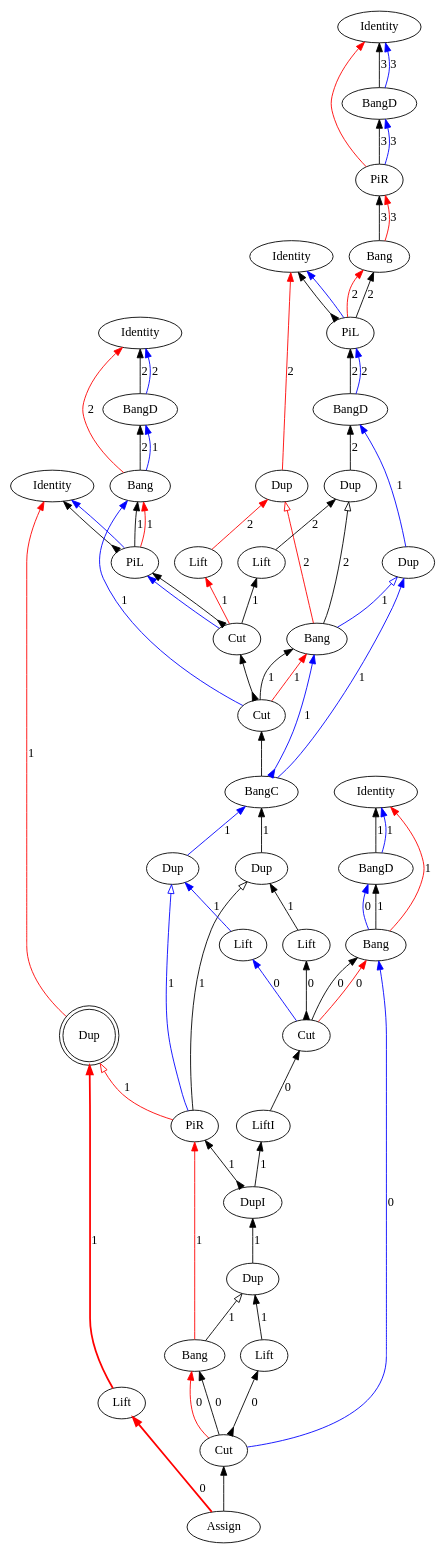
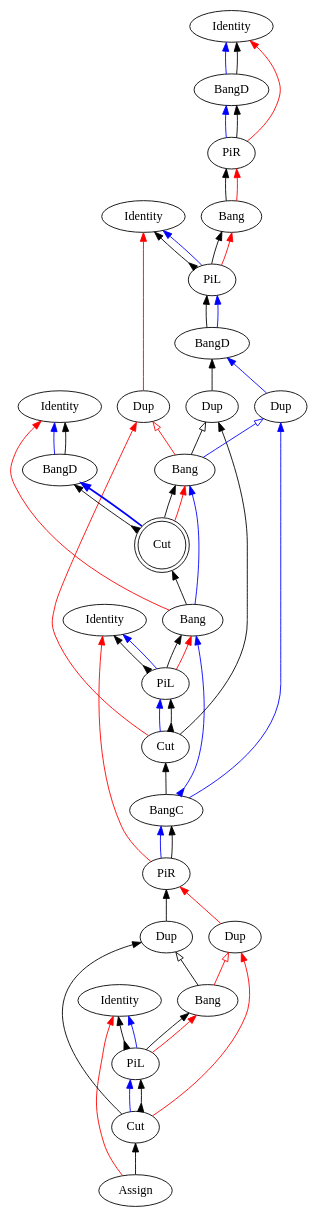
The diagram in src/core/graphs/example_m_15.dot (Mathnerd314/stroscot), drawn with Graphviz before and after one commit. The commit also changed 88 other files, not shown here.

```diff
--- a/src/core/graphs/example_m_15.dot
+++ b/src/core/graphs/example_m_15.dot
@@ -9,106 +9,78 @@
 "BangD6" [label="BangD"]
 "Identity7" [label="Identity"]
 "BangD8" [label="BangD"]
-"Bang9" [label="Bang"]
-"Identity10" [label="Identity"]
-"PiL11" [label="PiL"]
+"Identity9" [label="Identity"]
+"PiL10" [label="PiL"]
+"PiR11" [label="PiR"]
 "Identity12" [label="Identity"]
-"BangD13" [label="BangD"]
-"Bang14" [label="Bang"]
-"Assign15" [label="Assign"]
+"PiL13" [label="PiL"]
+"Assign14" [label="Assign"]
+"Dup15" [label="Dup"]
 "Dup16" [label="Dup"]
-"Bang17" [label="Bang"]
-"Cut18" [label="Cut"]
-"Lift19" [label="Lift"]
+"Cut17" [label="Cut"]
+"Bang18" [label="Bang"]
+"Dup19" [label="Dup"]
 "Dup20" [label="Dup"]
 "Dup21" [label="Dup"]
-"Dup22" [label="Dup"]
-"Bang23" [label="Bang"]
-"Cut24" [label="Cut"]
-"BangC25" [label="BangC"]
-"Cut26" [label="Cut"]
-"Lift27" [label="Lift"]
-"Lift28" [label="Lift"]
-"PiR29" [label="PiR"]
-"Dup30" [label="Dup"]
-"Dup31" [label="Dup"]
-"Dup32" [label="Dup",shape=doublecircle]
-"DupI33" [label="DupI"]
-"Lift34" [label="Lift"]
-"Lift35" [label="Lift"]
-"Lift36" [label="Lift"]
-"LiftI37" [label="LiftI"]
-"Cut38" [label="Cut"]
-"Lift27" -> "Dup20"[color=black,weight=5,tooltip="c_bseq100",label="2",arrowhead=normal,arrowtail=none,dir=both]
-"Bang23" -> "Dup20"[color=black,weight=5,tooltip="c_bseq106",label="2",arrowhead=onormal,arrowtail=none,dir=both]
-"DupI33" -> "LiftI37"[color=black,weight=5,tooltip="c_bseq121",label="1",arrowhead=normal,arrowtail=none,dir=both]
-"DupI33" -> "PiR29"[color=black,weight=5,tooltip="c_bseq125",label="1",arrowhead=normal,arrowtail=inv,dir=both]
-"LiftI37" -> "Cut38"[color=black,weight=5,tooltip="c_bseq129",label="0",arrowhead=normal,arrowtail=none,dir=both]
-"Bang14" -> "BangD13"[color=black,weight=5,tooltip="c_bseq24",label="1",arrowhead=normal,arrowtail=none,dir=both]
-"Dup16" -> "DupI33"[color=black,weight=5,tooltip="c_bseq32",label="1",arrowhead=normal,arrowtail=none,dir=both]
-"Bang9" -> "BangD8"[color=black,weight=5,tooltip="c_bseq58",label="2",arrowhead=normal,arrowtail=none,dir=both]
-"Dup20" -> "BangD6"[color=black,weight=5,tooltip="c_bseq67",label="2",arrowhead=normal,arrowtail=none,dir=both]
-"Bang3" -> "PiR2"[color=black,weight=5,tooltip="c_bseq79",label="3",arrowhead=normal,arrowtail=none,dir=both]
-"Lift19" -> "Dup16"[color=black,weight=5,tooltip="c_bseq86",label="1",arrowhead=normal,arrowtail=none,dir=both]
-"Bang17" -> "Dup16"[color=black,weight=5,tooltip="c_bseq90",label="1",arrowhead=onormal,arrowtail=none,dir=both]
-"Cut24" -> "Bang23"[color=black,weight=5,tooltip="dseq109",label="1",arrowhead=normal,arrowtail=none,dir=both]
-"Cut38" -> "Bang14"[color=black,weight=5,tooltip="dseq20",label="0",arrowhead=normal,arrowtail=none,dir=both]
-"PiL11" -> "Bang9"[color=black,weight=5,tooltip="dseq54",label="1",arrowhead=normal,arrowtail=none,dir=both]
-"PiL5" -> "Bang3"[color=black,weight=5,tooltip="dseq76",label="2",arrowhead=normal,arrowtail=none,dir=both]
-"Cut18" -> "Bang17"[color=black,weight=5,tooltip="dseq92",label="0",arrowhead=normal,arrowtail=none,dir=both]
-"BangC25" -> "Bang23"[color=blue,weight=2,tooltip="h110",label="1",arrowhead=normal,arrowtail=inv,dir=both]
-"Lift35" -> "Dup31"[color=blue,weight=2,tooltip="h119",label="1",arrowhead=normal,arrowtail=none,dir=both]
-"PiR29" -> "Dup31"[color=blue,weight=2,tooltip="h123",label="1",arrowhead=onormal,arrowtail=none,dir=both]
-"Cut38" -> "Lift35"[color=blue,weight=2,tooltip="h127",label="0",arrowhead=normal,arrowtail=none,dir=both]
-"Dup31" -> "BangC25"[color=blue,weight=2,tooltip="h34",label="1",arrowhead=normal,arrowtail=none,dir=both]
-"BangC25" -> "Dup22"[color=blue,weight=2,tooltip="hf101",label="1",arrowhead=normal,arrowtail=none,dir=both]
-"Bang23" -> "Dup22"[color=blue,weight=2,tooltip="hf107",label="1",arrowhead=onormal,arrowtail=none,dir=both]
-"Dup22" -> "BangD6"[color=blue,weight=2,tooltip="hf65",label="1",arrowhead=normal,arrowtail=none,dir=both]
-"BangD6" -> "PiL5"[color=black,weight=5,tooltip="hseq72",label="2",arrowhead=normal,arrowtail=none,dir=both]
-"PiR2" -> "BangD1"[color=blue,weight=2,tooltip="i81",label="3",arrowhead=normal,arrowtail=none,dir=both]
-"PiL11" -> "Identity10"[color=black,weight=5,tooltip="idseq55",arrowhead=normal,arrowtail=inv,dir=both]
+"BangC22" [label="BangC"]
+"Cut23" [label="Cut"]
+"Bang24" [label="Bang"]
+"Cut25" [label="Cut",shape=doublecircle]
+"Bang26" [label="Bang"]
+"Bang26" -> "Bang24"[color=blue,weight=2,tooltip="brl_bl126",arrowhead=normal,arrowtail=none,dir=both]
+"Cut23" -> "Dup19"[color=black,weight=5,tooltip="c_bseq106",arrowhead=normal,arrowtail=none,dir=both]
+"Bang24" -> "Dup19"[color=black,weight=5,tooltip="c_bseq112",arrowhead=onormal,arrowtail=none,dir=both]
+"Dup15" -> "PiR11"[color=black,weight=5,tooltip="c_bseq32",arrowhead=normal,arrowtail=none,dir=both]
+"Cut25" -> "BangD8"[color=black,weight=5,tooltip="c_bseq58",arrowhead=normal,arrowtail=inv,dir=both]
+"Dup19" -> "BangD6"[color=black,weight=5,tooltip="c_bseq67",arrowhead=normal,arrowtail=none,dir=both]
+"Bang3" -> "PiR2"[color=black,weight=5,tooltip="c_bseq79",arrowhead=normal,arrowtail=none,dir=both]
+"Cut17" -> "Dup15"[color=black,weight=5,tooltip="c_bseq86",arrowhead=normal,arrowtail=none,dir=both]
+"PiL13" -> "Bang18"[color=black,weight=5,tooltip="dseq20",arrowhead=normal,arrowtail=none,dir=both]
+"PiL10" -> "Bang26"[color=black,weight=5,tooltip="dseq54",arrowhead=normal,arrowtail=none,dir=both]
+"PiL5" -> "Bang3"[color=black,weight=5,tooltip="dseq76",arrowhead=normal,arrowtail=none,dir=both]
+"BangC22" -> "Bang26"[color=blue,weight=2,tooltip="h116",arrowhead=normal,arrowtail=inv,dir=both]
+"PiR11" -> "BangC22"[color=blue,weight=2,tooltip="h34",arrowhead=normal,arrowtail=none,dir=both]
+"BangC22" -> "Dup21"[color=blue,weight=2,tooltip="hf107",arrowhead=normal,arrowtail=none,dir=both]
+"Bang24" -> "Dup21"[color=blue,weight=2,tooltip="hf113",arrowhead=onormal,arrowtail=none,dir=both]
+"Dup21" -> "BangD6"[color=blue,weight=2,tooltip="hf65",arrowhead=normal,arrowtail=none,dir=both]
+"BangD6" -> "PiL5"[color=black,weight=5,tooltip="hseq72",arrowhead=normal,arrowtail=none,dir=both]
+"PiR2" -> "BangD1"[color=blue,weight=2,tooltip="i81",arrowhead=normal,arrowtail=none,dir=both]
+"PiL13" -> "Identity12"[color=black,weight=5,tooltip="idseq21",arrowhead=normal,arrowtail=inv,dir=both]
+"PiL10" -> "Identity9"[color=black,weight=5,tooltip="idseq55",arrowhead=normal,arrowtail=inv,dir=both]
 "PiL5" -> "Identity4"[color=black,weight=5,tooltip="idseq77",arrowhead=normal,arrowtail=inv,dir=both]
-"BangD1" -> "Identity0"[color=blue,weight=2,tooltip="iret84",label="3",arrowhead=normal,arrowtail=none,dir=both]
-"BangD1" -> "Identity0"[color=black,weight=5,tooltip="iseq83",label="3",arrowhead=normal,arrowtail=none,dir=both]
-"PiL11" -> "Identity10"[color=blue,weight=2,tooltip="lret53",arrowhead=normal,arrowtail=none,dir=both]
+"BangD1" -> "Identity0"[color=blue,weight=2,tooltip="iret84",arrowhead=normal,arrowtail=none,dir=both]
+"BangD1" -> "Identity0"[color=black,weight=5,tooltip="iseq83",arrowhead=normal,arrowtail=none,dir=both]
+"PiL13" -> "Identity12"[color=blue,weight=2,tooltip="lret19",arrowhead=normal,arrowtail=none,dir=both]
+"PiL10" -> "Identity9"[color=blue,weight=2,tooltip="lret53",arrowhead=normal,arrowtail=none,dir=both]
 "PiL5" -> "Identity4"[color=blue,weight=2,tooltip="lret75",arrowhead=normal,arrowtail=none,dir=both]
-"Cut26" -> "PiL11"[color=blue,weight=2,tooltip="lval48",arrowhead=normal,arrowtail=none,dir=both]
-"BangD6" -> "PiL5"[color=blue,weight=2,tooltip="lval70",label="2",arrowhead=normal,arrowtail=none,dir=both]
-"Cut24" -> "Bang23"[color=red,weight=2,tooltip="newrret111",label="1",arrowhead=normal,arrowtail=none,dir=both]
-"Cut38" -> "Bang14"[color=red,weight=2,tooltip="newrret18",label="0",arrowhead=normal,arrowtail=none,dir=both]
-"PiL11" -> "Bang9"[color=red,weight=2,tooltip="newrret52",label="1",arrowhead=normal,arrowtail=none,dir=both]
-"PiL5" -> "Bang3"[color=red,weight=2,tooltip="newrret74",label="2",arrowhead=normal,arrowtail=none,dir=both]
-"Cut18" -> "Bang17"[color=red,weight=2,tooltip="newrret93",label="0",arrowhead=normal,arrowtail=none,dir=both]
-"Lift28" -> "Dup21"[color=red,weight=2,tooltip="newrretf102",label="2",arrowhead=normal,arrowtail=none,dir=both]
-"Bang23" -> "Dup21"[color=red,weight=2,tooltip="newrretf108",label="2",arrowhead=onormal,arrowtail=none,dir=both]
-"Bang14" -> "Identity12"[color=red,weight=2,tooltip="newrretf23",label="1",arrowhead=normal,arrowtail=none,dir=both]
-"Bang9" -> "Identity7"[color=red,weight=2,tooltip="newrretf57",label="2",arrowhead=normal,arrowtail=none,dir=both]
-"Dup21" -> "Identity4"[color=red,weight=2,tooltip="newrretf66",label="2",arrowhead=normal,arrowtail=none,dir=both]
-"Bang3" -> "PiR2"[color=red,weight=2,tooltip="newrretf78",label="3",arrowhead=normal,arrowtail=none,dir=both]
-"Bang17" -> "PiR29"[color=red,weight=2,tooltip="newrretf91",label="1",arrowhead=normal,arrowtail=none,dir=both]
-"Lift36" -> "Dup32"[color=red,weight=2,tooltip="ret120",label="1",arrowhead=normal,arrowtail=none,penwidth=2,dir=both]
-"PiR29" -> "Dup32"[color=red,weight=2,tooltip="ret124",label="1",arrowhead=onormal,arrowtail=none,dir=both]
-"Assign15" -> "Lift36"[color=red,weight=2,tooltip="ret128",label="0",arrowhead=normal,arrowtail=none,penwidth=2,dir=both]
-"Dup32" -> "Identity10"[color=red,weight=2,tooltip="ret42",label="1",arrowhead=normal,arrowtail=none,dir=both]
+"Cut17" -> "PiL13"[color=blue,weight=2,tooltip="lval14",arrowhead=normal,arrowtail=none,dir=both]
+"Cut23" -> "PiL10"[color=blue,weight=2,tooltip="lval48",arrowhead=normal,arrowtail=none,dir=both]
+"BangD6" -> "PiL5"[color=blue,weight=2,tooltip="lval70",arrowhead=normal,arrowtail=none,dir=both]
+"Bang18" -> "Dup15"[color=black,weight=5,tooltip="newcut_bseq100",arrowhead=onormal,arrowtail=none,dir=both]
+"Bang26" -> "Cut25"[color=black,weight=5,tooltip="newcut_bseq125",arrowhead=normal,arrowtail=none,dir=both]
+"Cut25" -> "Bang24"[color=black,weight=5,tooltip="newcut_rseq124",arrowhead=normal,arrowtail=none,dir=both]
+"Cut25" -> "Bang24"[color=red,weight=2,tooltip="newrret117",arrowhead=normal,arrowtail=none,dir=both]
+"PiL13" -> "Bang18"[color=red,weight=2,tooltip="newrret18",arrowhead=normal,arrowtail=none,dir=both]
+"PiL10" -> "Bang26"[color=red,weight=2,tooltip="newrret52",arrowhead=normal,arrowtail=none,dir=both]
+"PiL5" -> "Bang3"[color=red,weight=2,tooltip="newrret74",arrowhead=normal,arrowtail=none,dir=both]
+"Cut23" -> "Dup20"[color=red,weight=2,tooltip="newrretf108",arrowhead=normal,arrowtail=none,dir=both]
+"Bang24" -> "Dup20"[color=red,weight=2,tooltip="newrretf114",arrowhead=onormal,arrowtail=none,dir=both]
+"Dup16" -> "PiR11"[color=red,weight=2,tooltip="newrretf31",arrowhead=normal,arrowtail=none,dir=both]
+"Bang26" -> "Identity7"[color=red,weight=2,tooltip="newrretf57",arrowhead=normal,arrowtail=none,dir=both]
+"Dup20" -> "Identity4"[color=red,weight=2,tooltip="newrretf66",arrowhead=normal,arrowtail=none,dir=both]
+"Bang3" -> "PiR2"[color=red,weight=2,tooltip="newrretf78",arrowhead=normal,arrowtail=none,dir=both]
+"Cut17" -> "Dup16"[color=red,weight=2,tooltip="newrretf87",arrowhead=normal,arrowtail=none,dir=both]
+"Bang18" -> "Dup16"[color=red,weight=2,tooltip="newrretf91",arrowhead=onormal,arrowtail=none,dir=both]
+"PiR11" -> "Identity9"[color=red,weight=2,tooltip="ret42",arrowhead=normal,arrowtail=none,dir=both]
+"Assign14" -> "Identity12"[color=red,weight=2,tooltip="ret8",arrowhead=normal,arrowtail=none,dir=both]
 "PiR2" -> "Identity0"[color=red,weight=2,tooltip="ret82",arrowhead=normal,arrowtail=none,dir=both]
-"Assign15" -> "Cut18"[color=black,weight=5,tooltip="retseq0",arrowhead=normal,arrowtail=none,dir=both]
-"Lift34" -> "Dup30"[color=black,weight=5,tooltip="seq118",label="1",arrowhead=normal,arrowtail=none,dir=both]
-"PiR29" -> "Dup30"[color=black,weight=5,tooltip="seq122",label="1",arrowhead=onormal,arrowtail=none,dir=both]
-"Cut38" -> "Lift34"[color=black,weight=5,tooltip="seq126",label="0",arrowhead=normal,arrowtail=inv,dir=both]
-"Dup30" -> "BangC25"[color=black,weight=5,tooltip="seq33",label="1",arrowhead=normal,arrowtail=none,dir=both]
-"PiR2" -> "BangD1"[color=black,weight=5,tooltip="seq80",label="3",arrowhead=normal,arrowtail=none,dir=both]
-"BangC25" -> "Cut24"[color=black,weight=5,tooltip="seqBB113",arrowhead=normal,arrowtail=none,dir=both]
-"Cut24" -> "Cut26"[color=black,weight=5,tooltip="seqBC112",arrowhead=normal,arrowtail=inv,dir=both]
-"Cut18" -> "Lift19"[color=black,weight=5,tooltip="seqBC94",label="0",arrowhead=normal,arrowtail=inv,dir=both]
-"Cut26" -> "Lift28"[color=red,weight=2,tooltip="seqDM115",label="1",arrowhead=normal,arrowtail=none,dir=both]
-"Cut26" -> "Lift27"[color=black,weight=5,tooltip="seqDS114",label="1",arrowhead=normal,arrowtail=none,dir=both]
-"Cut18" -> "Bang14"[color=blue,weight=2,tooltip="xB10",label="0",arrowhead=normal,arrowtail=none,dir=both]
-"Bang14" -> "BangD13"[color=blue,weight=2,tooltip="xBf22",label="0",arrowhead=normal,arrowtail=none,dir=both]
-"BangD13" -> "Identity12"[color=blue,weight=2,tooltip="xret26",label="1",arrowhead=normal,arrowtail=none,dir=both]
-"BangD13" -> "Identity12"[color=black,weight=5,tooltip="xseq25",label="1",arrowhead=normal,arrowtail=none,dir=both]
-"Cut24" -> "Bang9"[color=blue,weight=2,tooltip="yB44",label="1",arrowhead=normal,arrowtail=none,dir=both]
-"Bang9" -> "BangD8"[color=blue,weight=2,tooltip="yBf56",label="1",arrowhead=normal,arrowtail=none,dir=both]
-"BangD8" -> "Identity7"[color=blue,weight=2,tooltip="yret60",label="2",arrowhead=normal,arrowtail=none,dir=both]
-"Cut26" -> "PiL11"[color=black,weight=5,tooltip="yseq50",arrowhead=normal,arrowtail=inv,dir=both]
-"BangD8" -> "Identity7"[color=black,weight=5,tooltip="yseq59",label="2",arrowhead=normal,arrowtail=none,dir=both]
+"PiR11" -> "BangC22"[color=black,weight=5,tooltip="seq33",arrowhead=normal,arrowtail=none,dir=both]
+"PiR2" -> "BangD1"[color=black,weight=5,tooltip="seq80",arrowhead=normal,arrowtail=none,dir=both]
+"BangC22" -> "Cut23"[color=black,weight=5,tooltip="seqBC118",arrowhead=normal,arrowtail=none,dir=both]
+"Assign14" -> "Cut17"[color=black,weight=5,tooltip="seqBC94",arrowhead=normal,arrowtail=none,dir=both]
+"Cut17" -> "PiL13"[color=black,weight=5,tooltip="xseq16",arrowhead=normal,arrowtail=inv,dir=both]
+"Cut25" -> "BangD8"[color=blue,weight=2,tooltip="yBf56",arrowhead=normal,arrowtail=none,penwidth=2,dir=both]
+"BangD8" -> "Identity7"[color=blue,weight=2,tooltip="yret60",arrowhead=normal,arrowtail=none,dir=both]
+"Cut23" -> "PiL10"[color=black,weight=5,tooltip="yseq50",arrowhead=normal,arrowtail=inv,dir=both]
+"BangD8" -> "Identity7"[color=black,weight=5,tooltip="yseq59",arrowhead=normal,arrowtail=none,dir=both]
 }
```
